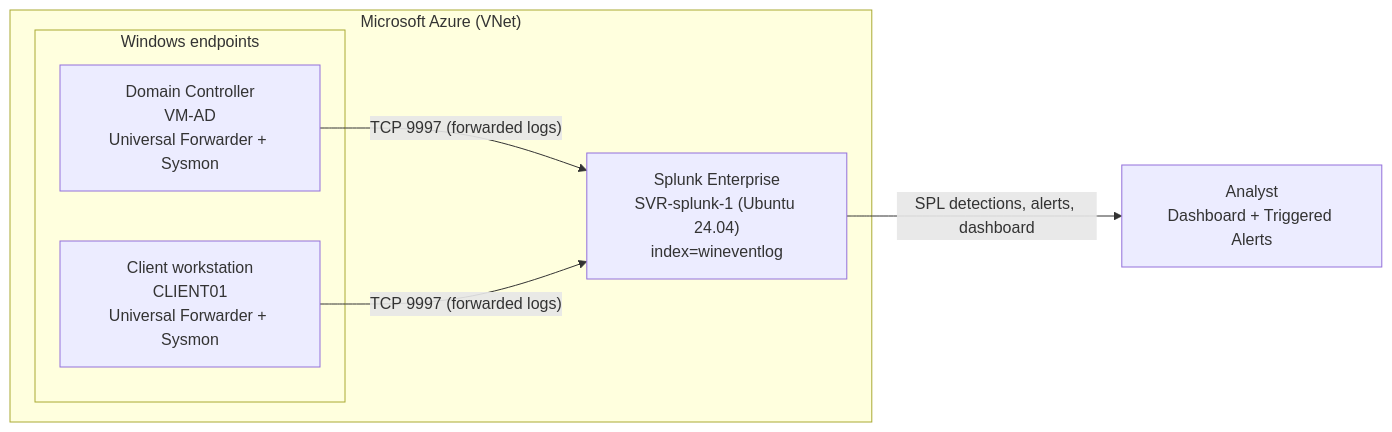
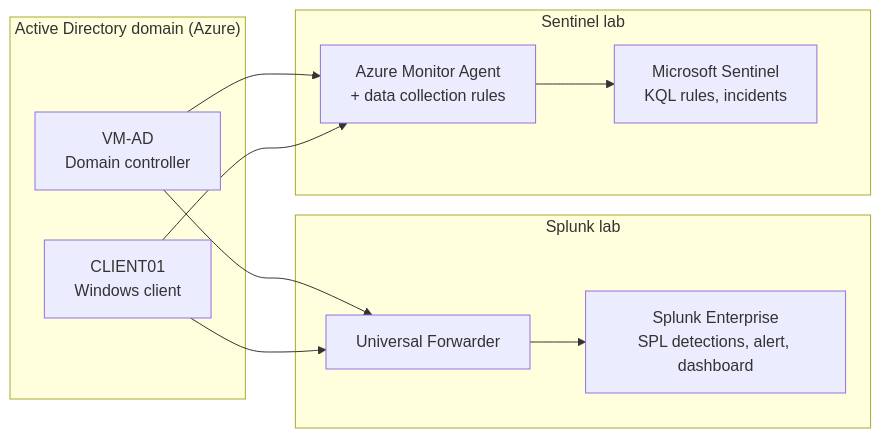
One commit to Osita-Odo/SIEM-LAB-SPLUNK-PROJECT changed the diagram in README.md. Above: the diagram before and after it, drawn with Mermaid. The commit also changed other lines of this file and 46 other files, not shown here.

First line of the commit message:
Add Microsoft Sentinel SOC lab and restructure as SIEM labs

````diff
--- a/README.md
+++ b/README.md
@@ -13,15 +14,17 @@
 ```mermaid
 flowchart LR
-    subgraph AZ["Microsoft Azure (VNet)"]
-        subgraph WIN["Windows endpoints"]
-            DC["Domain Controller<br/>VM-AD<br/>Universal Forwarder + Sysmon"]
-            CL["Client workstation<br/>CLIENT01<br/>Universal Forwarder + Sysmon"]
-        end
-        SPL["Splunk Enterprise<br/>SVR-splunk-1 (Ubuntu 24.04)<br/>index=wineventlog"]
+    subgraph AD["Active Directory domain (Azure)"]
+        DC["VM-AD<br/>Domain controller"]
+        CL["CLIENT01<br/>Windows client"]
     end
-    ANALYST["Analyst<br/>Dashboard + Triggered Alerts"]
-
-    DC -- "TCP 9997 (forwarded logs)" --> SPL
-    CL -- "TCP 9997 (forwarded logs)" --> SPL
-    SPL -- "SPL detections, alerts, dashboard" --> ANALYST
+    subgraph S1["Splunk lab"]
+        UF["Universal Forwarder"] --> SPL["Splunk Enterprise<br/>SPL detections, alert, dashboard"]
+    end
+    subgraph S2["Sentinel lab"]
+        AMA["Azure Monitor Agent<br/>+ data collection rules"] --> SEN["Microsoft Sentinel<br/>KQL rules, incidents"]
+    end
+    DC --> UF
+    CL --> UF
+    DC --> AMA
+    CL --> AMA
 ```
````
